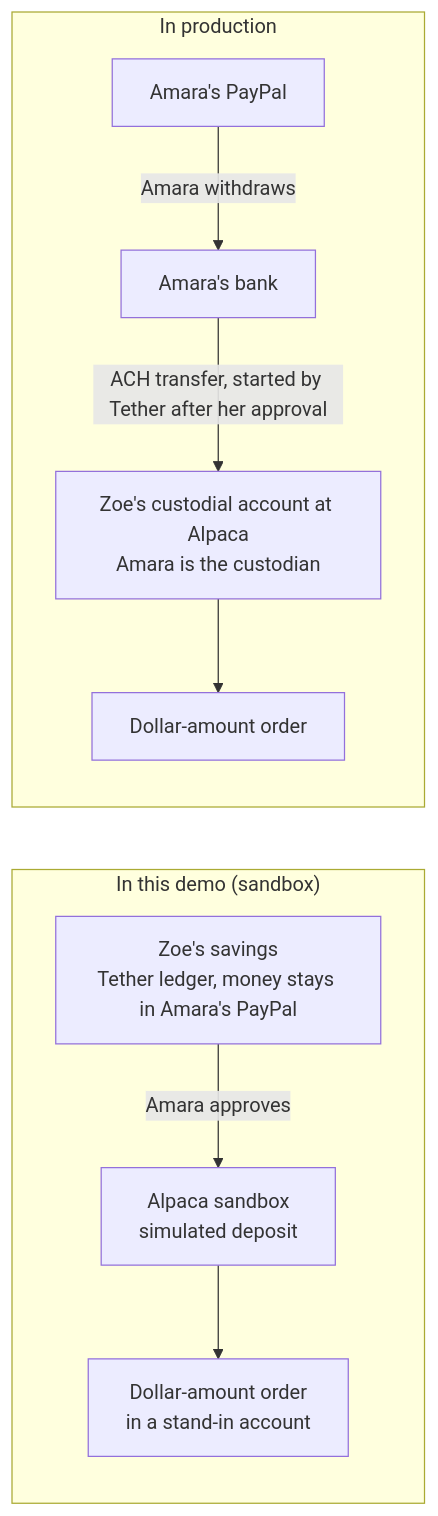
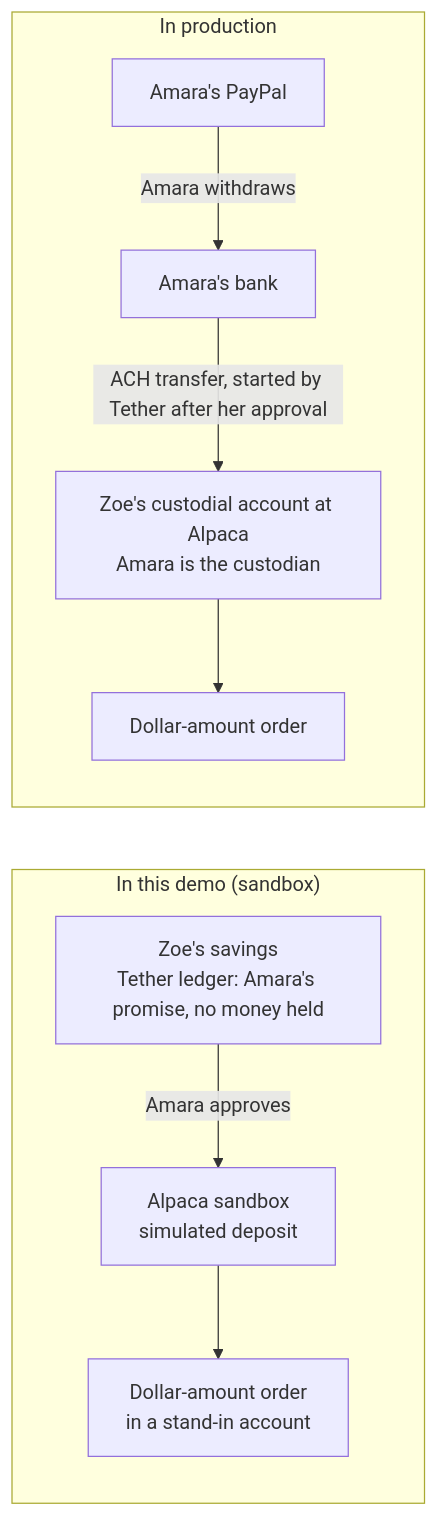
The second of 6 diagrams in README.md (tmoody1973/tether), drawn with Mermaid before and after one commit. The commit also changed other lines of this file and 7 other files, not shown here.

````diff
--- a/README.md
+++ b/README.md
@@ -98,12 +98,12 @@
 ```mermaid
 flowchart LR
   subgraph DEMO["In this demo (sandbox)"]
-    D1["Zoe's savings<br/>Tether ledger, money stays in Amara's PayPal"] -- "Amara approves" --> D2["Alpaca sandbox<br/>simulated deposit"]
+    D1["Zoe's savings<br/>Tether ledger: Amara's promise, no money held"] -- "Amara approves" --> D2["Alpaca sandbox<br/>simulated deposit"]
     D2 --> D3["Dollar-amount order<br/>in a stand-in account"]
   end
   subgraph PROD["In production"]
     P1["Amara's PayPal"] -- "Amara withdraws" --> P2["Amara's bank"]
     P2 -- "ACH transfer, started by Tether after her approval" --> P3["Zoe's custodial account at Alpaca<br/>Amara is the custodian"]
     P3 --> P4["Dollar-amount order"]
   end
 ```
````
